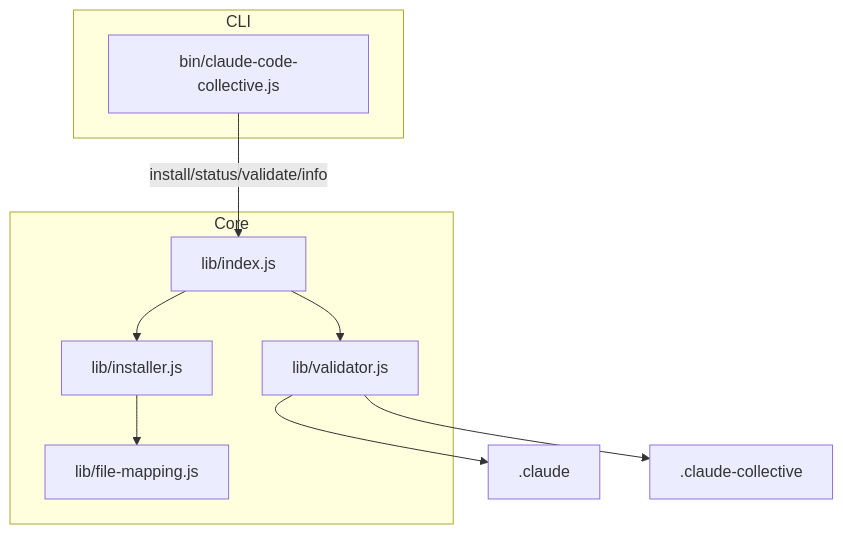
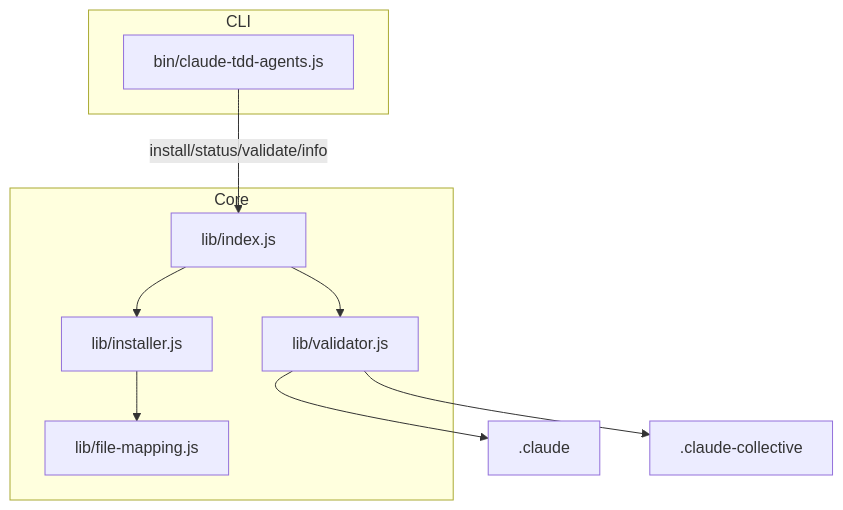
One commit to ZHUBoer/claude-code-sub-agent-collective changed the third of 7 diagrams in README_CN.md. Above: the diagram before and after it, drawn with Mermaid. The commit also changed other lines of this file and 40 other files, not shown here.

First line of the commit message:
refactor(project): Rename package to claude-tdd-agents

````diff
--- a/README_CN.md
+++ b/README_CN.md
@@ -96,18 +96,18 @@
 ```mermaid
 graph TD
   subgraph CLI
-    BCC[bin/claude-code-collective.js]
+    BCC[bin/claude-tdd-agents.js]
   end
   subgraph Core
     IDX[lib/index.js]
     INS[lib/installer.js]
     VAL[lib/validator.js]
     MAP[lib/file-mapping.js]
   end
   BCC -->|install/status/validate/info| IDX
   IDX --> INS
   IDX --> VAL
   INS --> MAP
   VAL --> C1[.claude]
   VAL --> C2[.claude-collective]
 ```
````
